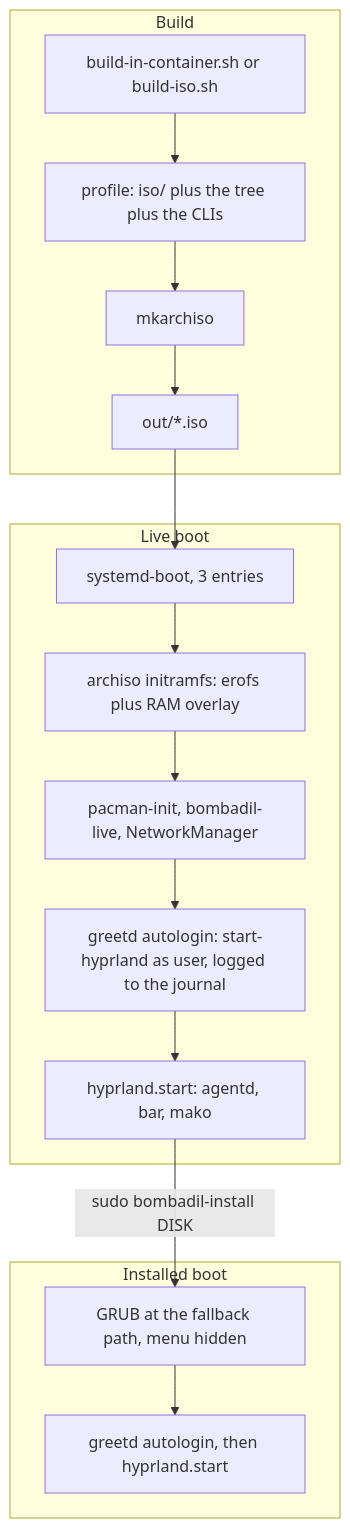
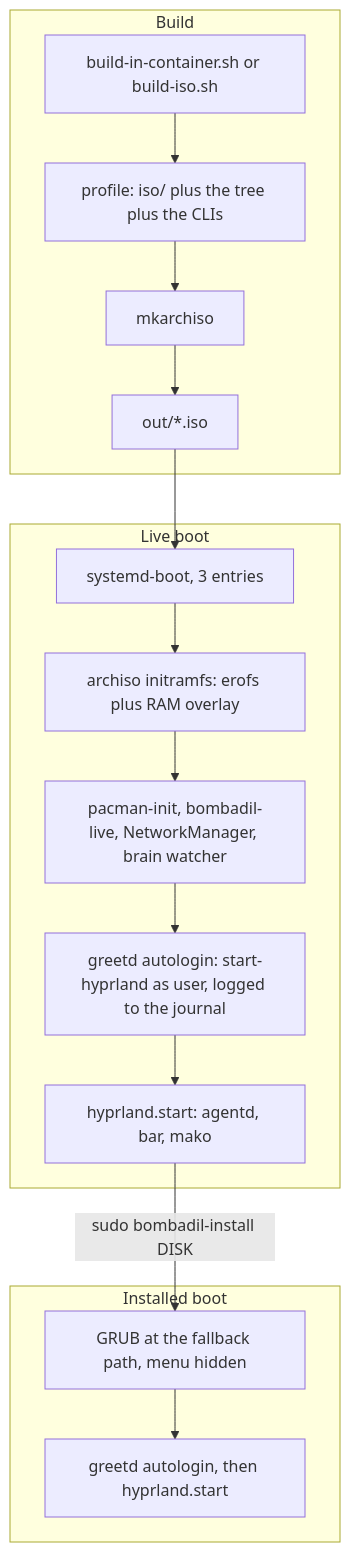
Before and after one commit to thedefaultman/Bombadil: the first of 4 diagrams in docs/architecture/iso-and-install.md, drawn with Mermaid. The commit also changed other lines of this file and 26 other files, not shown here.

First line of the commit message:
docs: work in progress on architecture pages, decision log, reference, security model, UX flows, forking guide

````diff
--- a/docs/architecture/iso-and-install.md
+++ b/docs/architecture/iso-and-install.md
@@ -20,19 +20,19 @@
 ```mermaid
 flowchart TB
     subgraph build["Build"]
         A["build-in-container.sh or build-iso.sh"] --> B["profile: iso/ plus the tree plus the CLIs"]
         B --> C["mkarchiso"]
         C --> D["out/*.iso"]
     end
     subgraph live["Live boot"]
         E["systemd-boot, 3 entries"] --> F["archiso initramfs: erofs plus RAM overlay"]
-        F --> G["pacman-init, bombadil-live, NetworkManager"]
+        F --> G["pacman-init, bombadil-live, NetworkManager, brain watcher"]
         G --> H["greetd autologin: start-hyprland as user, logged to the journal"]
         H --> I["hyprland.start: agentd, bar, mako"]
     end
     subgraph inst["Installed boot"]
         J["GRUB at the fallback path, menu hidden"] --> K["greetd autologin, then hyprland.start"]
     end
     D --> E
     I -->|"sudo bombadil-install DISK"| J
 ```
````
